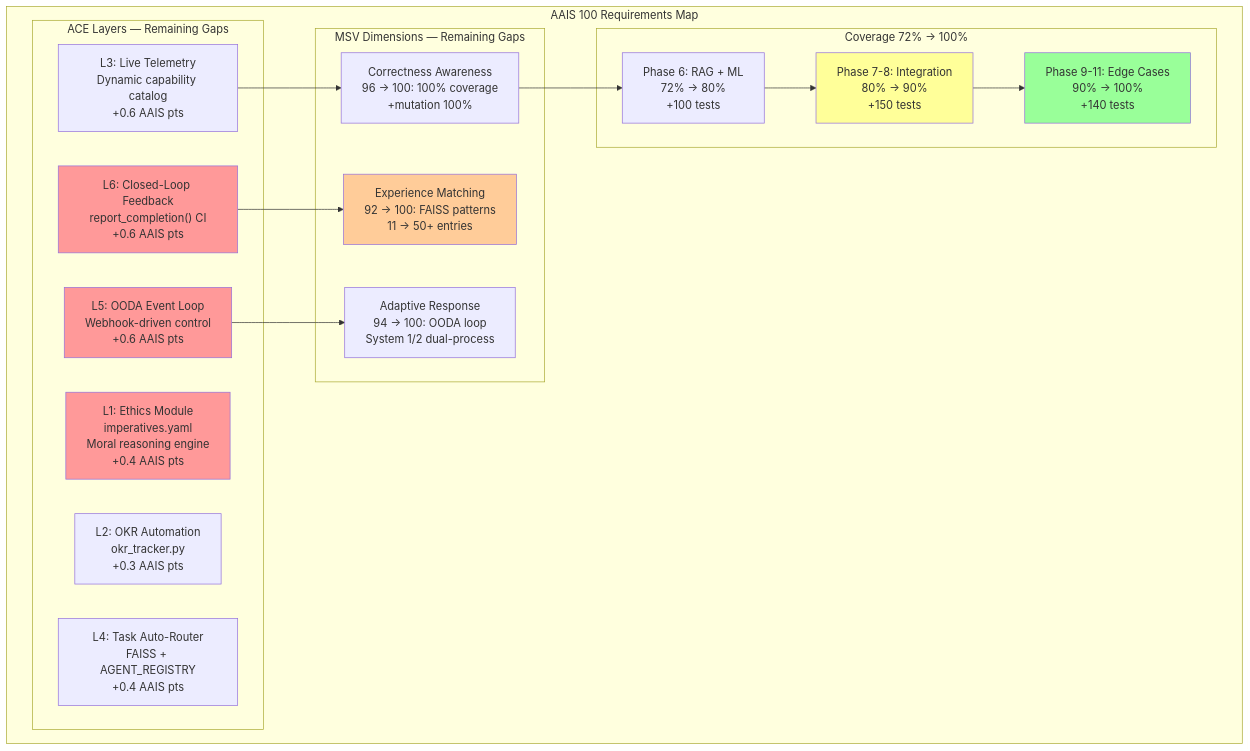
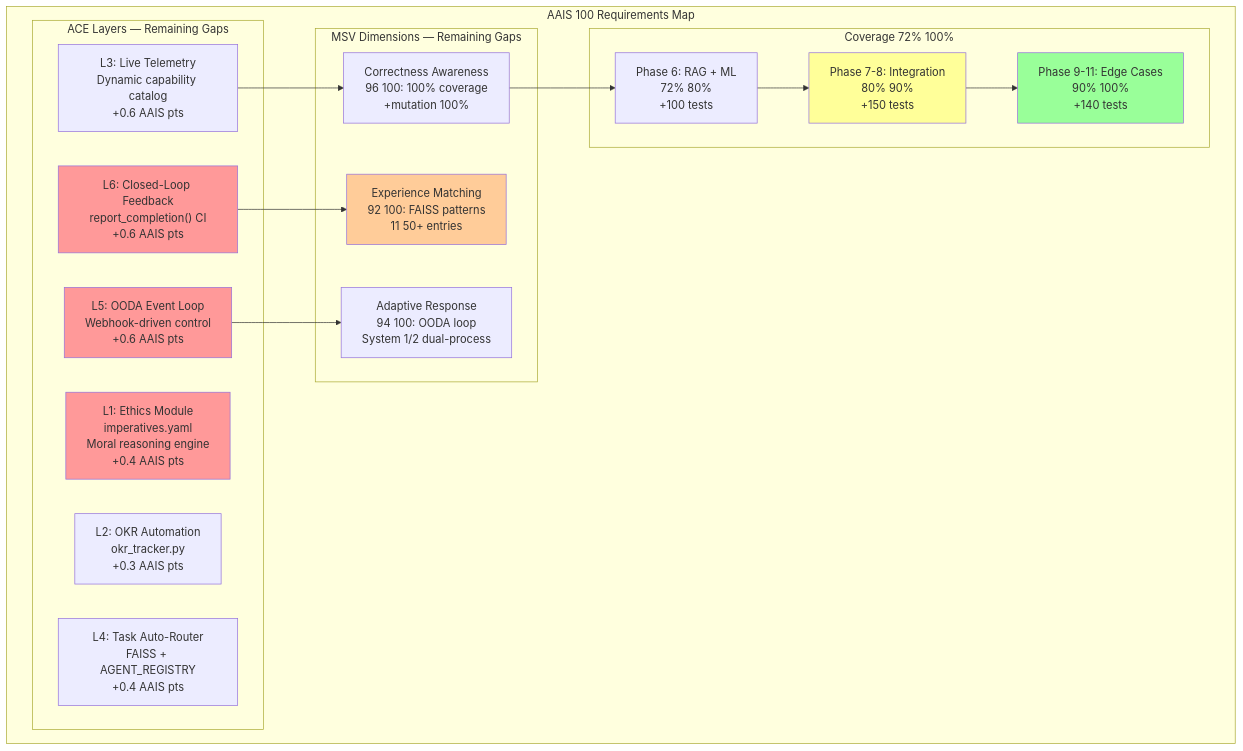
Before and after one commit to Aries-Serpent/_codex_: the fourth of 4 diagrams in docs/evolution/AAIS_100_AND_COVERAGE_100_ROADMAP.md, drawn with Mermaid. The commit also changed other lines of this file and 4117 other files, not shown here.

````diff
--- a/docs/evolution/AAIS_100_AND_COVERAGE_100_ROADMAP.md
+++ b/docs/evolution/AAIS_100_AND_COVERAGE_100_ROADMAP.md
@@ -438,39 +452,44 @@
 ```mermaid
 %%{init: {'accessibility': {'title': 'Diagram showing "L1: Ethics Module\nimperatives.yaml\nMoral reasoning engine\n+0.4 AAIS pts", "L2: OKR Automation\nokr_tracker.py\n+0.3 AAIS pts"'}}%%
+
 graph TB
-    subgraph "AAIS 100 Requirements Map"
-        subgraph "ACE Layers — Remaining Gaps"
-            L1E["L1: Ethics Module\nimperatives.yaml\nMoral reasoning engine\n+0.4 AAIS pts"]
-            L2O["L2: OKR Automation\nokr_tracker.py\n+0.3 AAIS pts"]
-            L3T["L3: Live Telemetry\nDynamic capability catalog\n+0.6 AAIS pts"]
-            L4R["L4: Task Auto-Router\nFAISS + AGENT_REGISTRY\n+0.4 AAIS pts"]
-            L5C["L5: OODA Event Loop\nWebhook-driven control\n+0.6 AAIS pts"]
-            L6F["L6: Closed-Loop Feedback\nreport_completion() CI\n+0.6 AAIS pts"]
-        end
+ subgraph "AAIS 100 Requirements Map"
+ subgraph "ACE Layers — Remaining Gaps"
+ L1E["L1: Ethics Module\nimperatives.yaml\nMoral reasoning engine\n+0.4 AAIS pts"]
+ L2O["L2: OKR Automation\nokr_tracker.py\n+0.3 AAIS pts"]
+ L3T["L3: Live Telemetry\nDynamic capability catalog\n+0.6 AAIS pts"]
+ L4R["L4: Task Auto-Router\nFAISS + AGENT_REGISTRY\n+0.4 AAIS pts"]
+ L5C["L5: OODA Event Loop\nWebhook-driven control\n+0.6 AAIS pts"]
+ L6F["L6: Closed-Loop Feedback\nreport_completion() CI\n+0.6 AAIS pts"]
+ end
 
-        subgraph "MSV Dimensions — Remaining Gaps"
-            MSV1["Correctness Awareness\n96 → 100: 100% coverage\n+mutation 100%"]
-            MSV2["Experience Matching\n92 → 100: FAISS patterns\n11 → 50+ entries"]
-            MSV3["Adaptive Response\n94 → 100: OODA loop\nSystem 1/2 dual-process"]
-        end
+ subgraph "MSV Dimensions — Remaining Gaps"
+ MSV1["Correctness Awareness\n96 100: 100% coverage\n+mutation 100%"]
+ MSV2["Experience Matching\n92 100: FAISS patterns\n11 50+ entries"]
+ MSV3["Adaptive Response\n94 100: OODA loop\nSystem 1/2 dual-process"]
+ end
 
-        subgraph "Coverage 72% → 100%"
-            COV1["Phase 6: RAG + ML\n72% → 80%\n+100 tests"]
-            COV2["Phase 7-8: Integration\n80% → 90%\n+150 tests"]
-            COV3["Phase 9-11: Edge Cases\n90% → 100%\n+140 tests"]
-        end
-    end
+ subgraph "Coverage 72% 100%"
+ COV1["Phase 6: RAG + ML\n72% 80%\n+100 tests"]
+ COV2["Phase 7-8: Integration\n80% 90%\n+150 tests"]
+ COV3["Phase 9-11: Edge Cases\n90% 100%\n+140 tests"]
+ end
+ end
 
-    L3T --> MSV1
-    L6F --> MSV2
-    L5C --> MSV3
-    MSV1 --> COV1
-    COV1 --> COV2 --> COV3
+ L3T --> MSV1
 
-    style L1E fill:#ff9999
-    style L5C fill:#ff9999
-    style L6F fill:#ff9999
-    style MSV2 fill:#ffcc99
-    style COV2 fill:#ffff99
-    style COV3 fill:#99ff99
+ L6F --> MSV2
+
+ L5C --> MSV3
+
+ MSV1 --> COV1
+
+ COV1 --> COV2 --> COV3
+
+ style L1E fill:#ff9999
+ style L5C fill:#ff9999
+ style L6F fill:#ff9999
+ style MSV2 fill:#ffcc99
+ style COV2 fill:#ffff99
+ style COV3 fill:#99ff99
 ```
````
